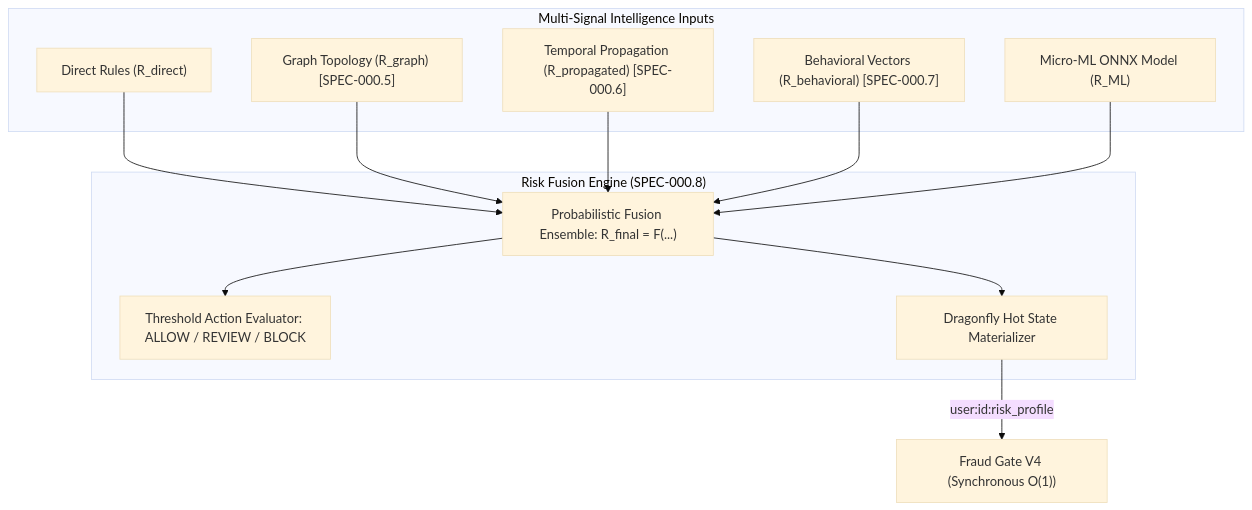
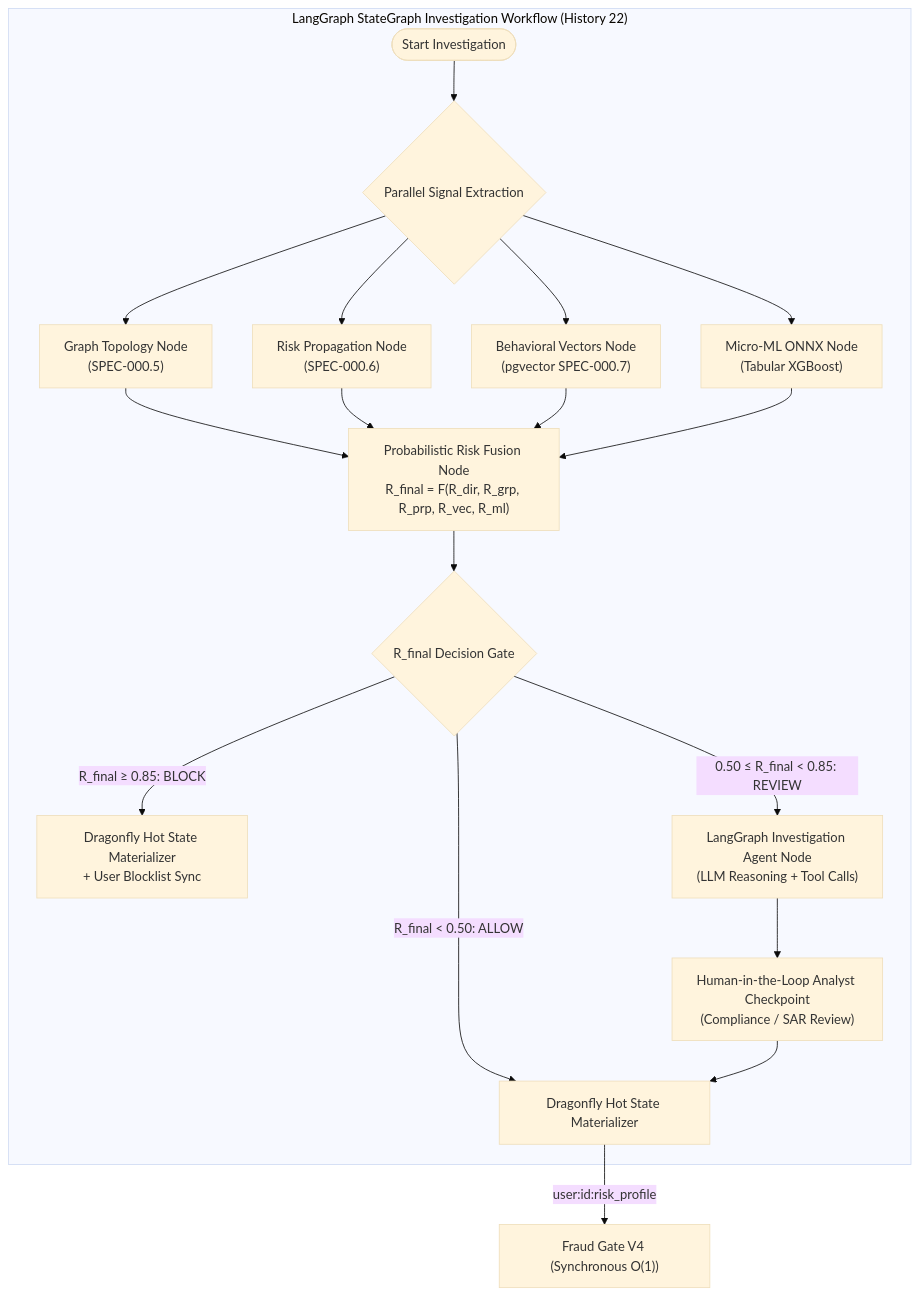
One commit to kyogoiano/wallet changed the diagram in .spec/SPEC-000.8-fraud-signal-fusion-and-micro-ml.md. Above: the diagram before and after it, drawn with Mermaid (base theme). The commit also changed other lines of this file and 49 other files, not shown here.

Commit message:
fraud specs updates and spec 000.6 fraud risk propagation

````diff
--- a/.spec/SPEC-000.8-fraud-signal-fusion-and-micro-ml.md
+++ b/.spec/SPEC-000.8-fraud-signal-fusion-and-micro-ml.md
@@ -32,18 +29,24 @@
 ```mermaid
 flowchart TD
-    subgraph Signals ["Multi-Signal Intelligence Inputs"]
-        R_dir["Direct Rules (R_direct)"]
-        R_grp["Graph Topology (R_graph) [SPEC-000.5]"]
-        R_prp["Temporal Propagation (R_propagated) [SPEC-000.6]"]
-        R_vec["Behavioral Vectors (R_behavioral) [SPEC-000.7]"]
-        R_ml["Micro-ML ONNX Model (R_ML)"]
-    end
-
-    subgraph Fusion ["Risk Fusion Engine (SPEC-000.8)"]
-        R_dir & R_grp & R_prp & R_vec & R_ml --> Engine["Probabilistic Fusion Ensemble: R_final = F(...)"]
-        Engine --> Decision["Threshold Action Evaluator: ALLOW / REVIEW / BLOCK"]
-        Engine --> HotSync["Dragonfly Hot State Materializer"]
+    subgraph StateGraph ["LangGraph StateGraph Investigation Workflow (History 22)"]
+        StartNode([Start Investigation]) --> ParallelEval{Parallel Signal Extraction}
+        
+        ParallelEval --> NodeGraph["Graph Topology Node\n(SPEC-000.5)"]
+        ParallelEval --> NodeProp["Risk Propagation Node\n(SPEC-000.6)"]
+        ParallelEval --> NodeVec["Behavioral Vectors Node\n(pgvector SPEC-000.7)"]
+        ParallelEval --> NodeML["Micro-ML ONNX Node\n(Tabular XGBoost)"]
+        
+        NodeGraph & NodeProp & NodeVec & NodeML --> FusionNode["Probabilistic Risk Fusion Node\nR_final = F(R_dir, R_grp, R_prp, R_vec, R_ml)"]
+        
+        FusionNode --> DecisionCheck{R_final Decision Gate}
+        
+        DecisionCheck -->|R_final < 0.50: ALLOW| HotSync["Dragonfly Hot State Materializer"]
+        DecisionCheck -->|R_final ≥ 0.85: BLOCK| BlockSync["Dragonfly Hot State Materializer\n+ User Blocklist Sync"]
+        DecisionCheck -->|0.50 ≤ R_final < 0.85: REVIEW| AgenticDossier["LangGraph Investigation Agent Node\n(LLM Reasoning + Tool Calls)"]
+        
+        AgenticDossier --> HumanReview["Human-in-the-Loop Analyst Checkpoint\n(Compliance / SAR Review)"]
+        HumanReview --> HotSync
     end
 
     HotSync -->|user:id:risk_profile| Gate["Fraud Gate V4 (Synchronous O(1))"]
 ```
````
